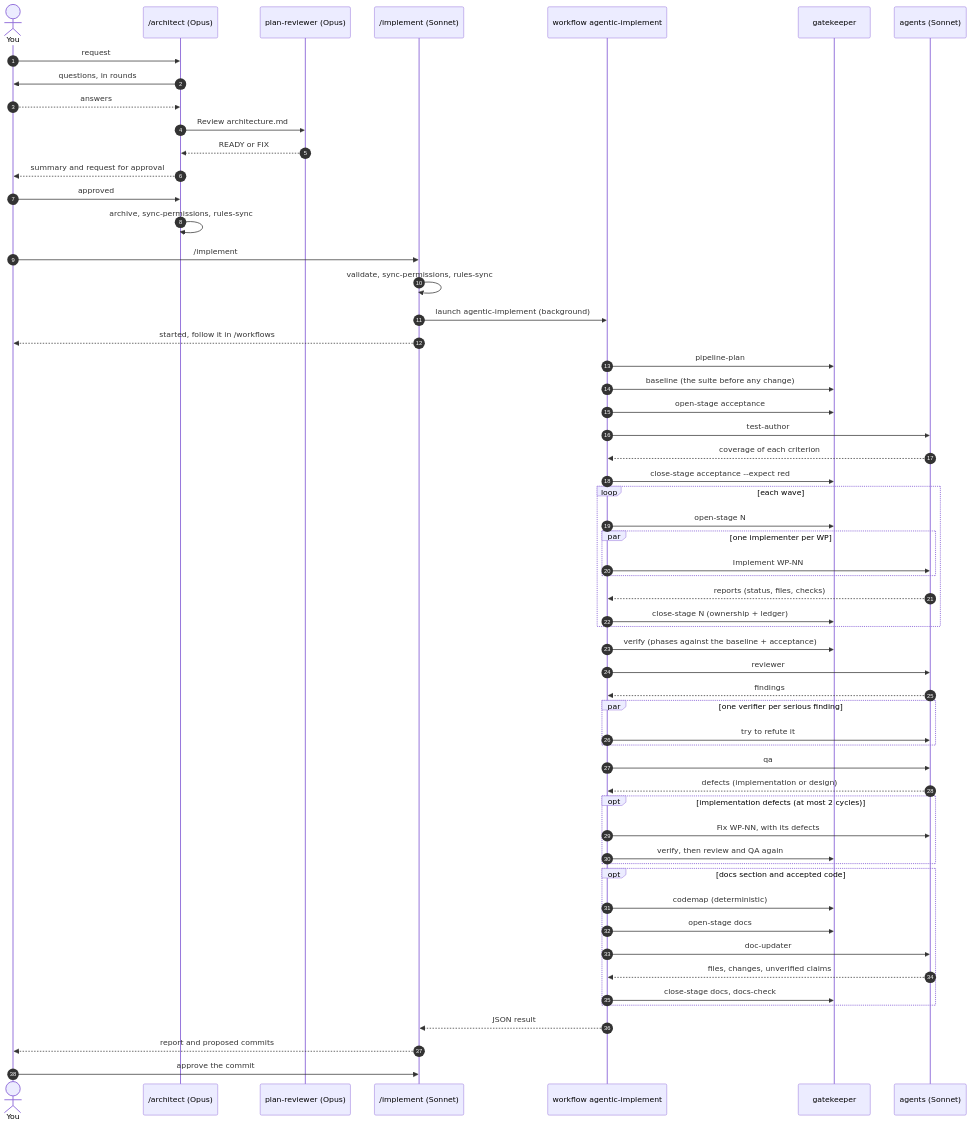
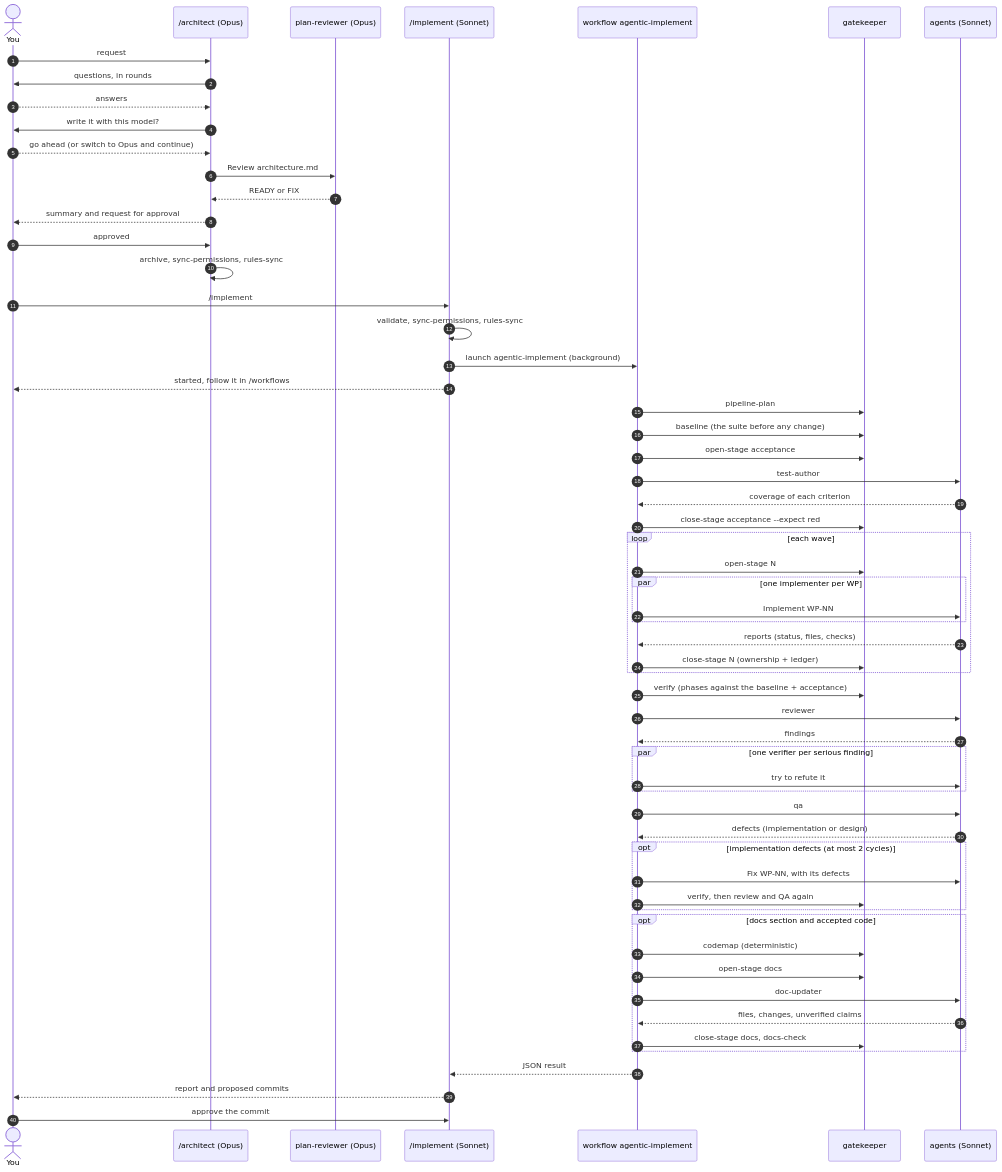
The second of 5 diagrams in docs/how-it-works.md (jagosar/agentic-flow), drawn with Mermaid before and after one commit. The commit also changed other lines of this file and 6 other files, not shown here.

First line of the commit message:
Ask for confirmation before the architect writes architecture.md

````diff
--- a/docs/how-it-works.md
+++ b/docs/how-it-works.md
@@ -79,61 +81,63 @@
 ```mermaid
 sequenceDiagram
     autonumber
     actor U as You
     participant AR as /architect (Opus)
     participant PR as plan-reviewer (Opus)
     participant O as /implement (Sonnet)
     participant W as workflow agentic-implement
     participant G as gatekeeper
     participant AG as agents (Sonnet)
 
     U->>AR: request
     AR->>U: questions, in rounds
     U-->>AR: answers
+    AR->>U: write it with this model?
+    U-->>AR: go ahead (or switch to Opus and continue)
     AR->>PR: Review architecture.md
     PR-->>AR: READY or FIX
     AR-->>U: summary and request for approval
     U->>AR: approved
     AR->>AR: archive, sync-permissions, rules-sync
 
     U->>O: /implement
     O->>O: validate, sync-permissions, rules-sync
     O->>W: launch agentic-implement (background)
     O-->>U: started, follow it in /workflows
     W->>G: pipeline-plan
     W->>G: baseline (the suite before any change)
     W->>G: open-stage acceptance
     W->>AG: test-author
     AG-->>W: coverage of each criterion
     W->>G: close-stage acceptance --expect red
     loop each wave
         W->>G: open-stage N
         par one implementer per WP
             W->>AG: Implement WP-NN
         end
         AG-->>W: reports (status, files, checks)
         W->>G: close-stage N (ownership + ledger)
     end
     W->>G: verify (phases against the baseline + acceptance)
     W->>AG: reviewer
     AG-->>W: findings
     par one verifier per serious finding
         W->>AG: try to refute it
     end
     W->>AG: qa
     AG-->>W: defects (implementation or design)
     opt implementation defects (at most 2 cycles)
         W->>AG: Fix WP-NN, with its defects
         W->>G: verify, then review and QA again
     end
     opt docs section and accepted code
         W->>G: codemap (deterministic)
         W->>G: open-stage docs
         W->>AG: doc-updater
         AG-->>W: files, changes, unverified claims
         W->>G: close-stage docs, docs-check
     end
     W-->>O: JSON result
     O-->>U: report and proposed commits
     U->>O: approve the commit
 ```
````
